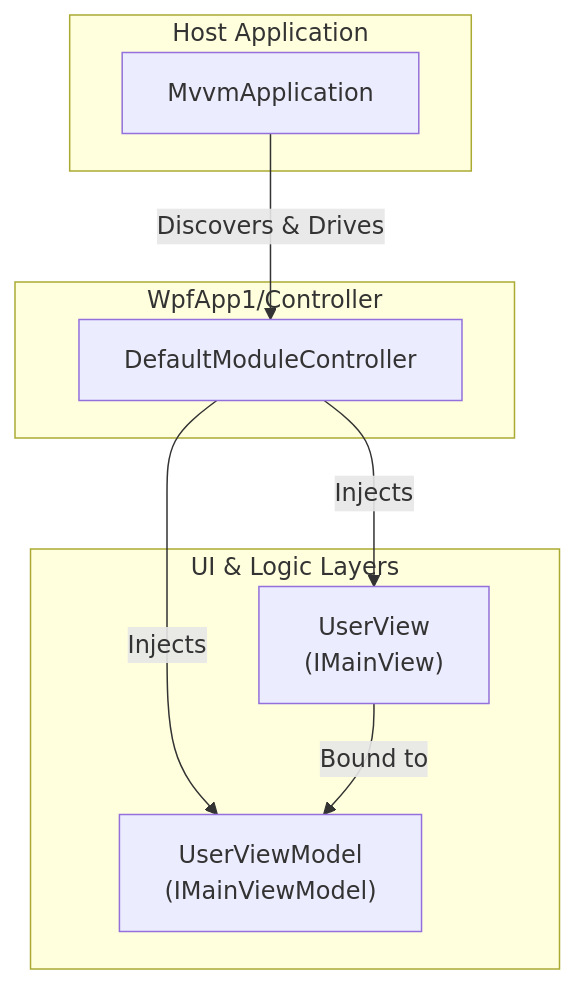
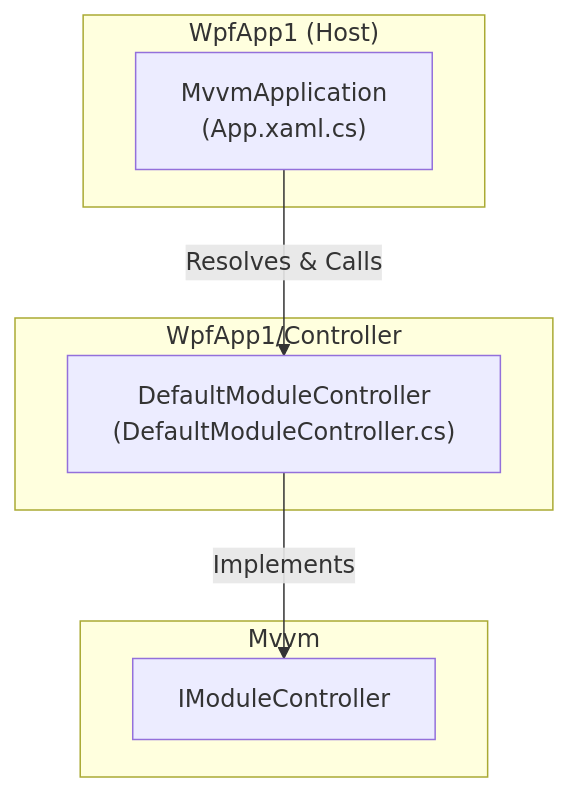
The diagram in doc/WpfApp1/Controller.md (wetzlmaier-scch/mvvm), drawn with Mermaid before and after one commit. The commit also changed other lines of this file and 132 other files, not shown here.

````diff
--- a/doc/WpfApp1/Controller.md
+++ b/doc/WpfApp1/Controller.md
@@ -19,20 +13,17 @@
 ```mermaid
 flowchart TD
     subgraph "WpfApp1/Controller"
-        DMC["DefaultModuleController"]
+        DMC["DefaultModuleController<br/>(DefaultModuleController.cs)"]
+    end
+    
+    subgraph "Mvvm"
+        IModCtrl["IModuleController"]
+    end
+    
+    subgraph "WpfApp1 (Host)"
+        MvvmApp["MvvmApplication<br/>(App.xaml.cs)"]
     end
 
-    subgraph "Host Application"
-        MvmApp["MvvmApplication"]
-    end
-
-    subgraph "UI & Logic Layers"
-        UV["UserView<br/>(IMainView)"]
-        UVM["UserViewModel<br/>(IMainViewModel)"]
-    end
-
-    MvmApp -->|Discovers & Drives| DMC
-    DMC -->|Injects| UV
-    DMC -->|Injects| UVM
-    UV -->|Bound to| UVM
+    MvvmApp -->|Resolves & Calls| DMC
+    DMC -->|Implements| IModCtrl
 ```
````
